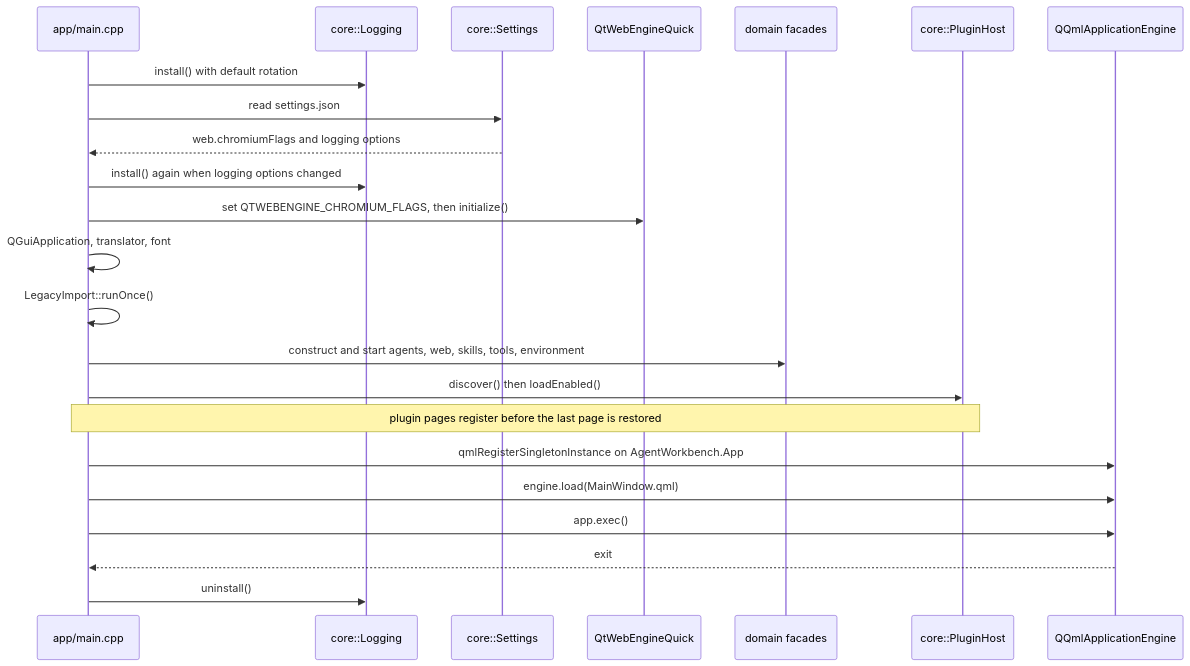
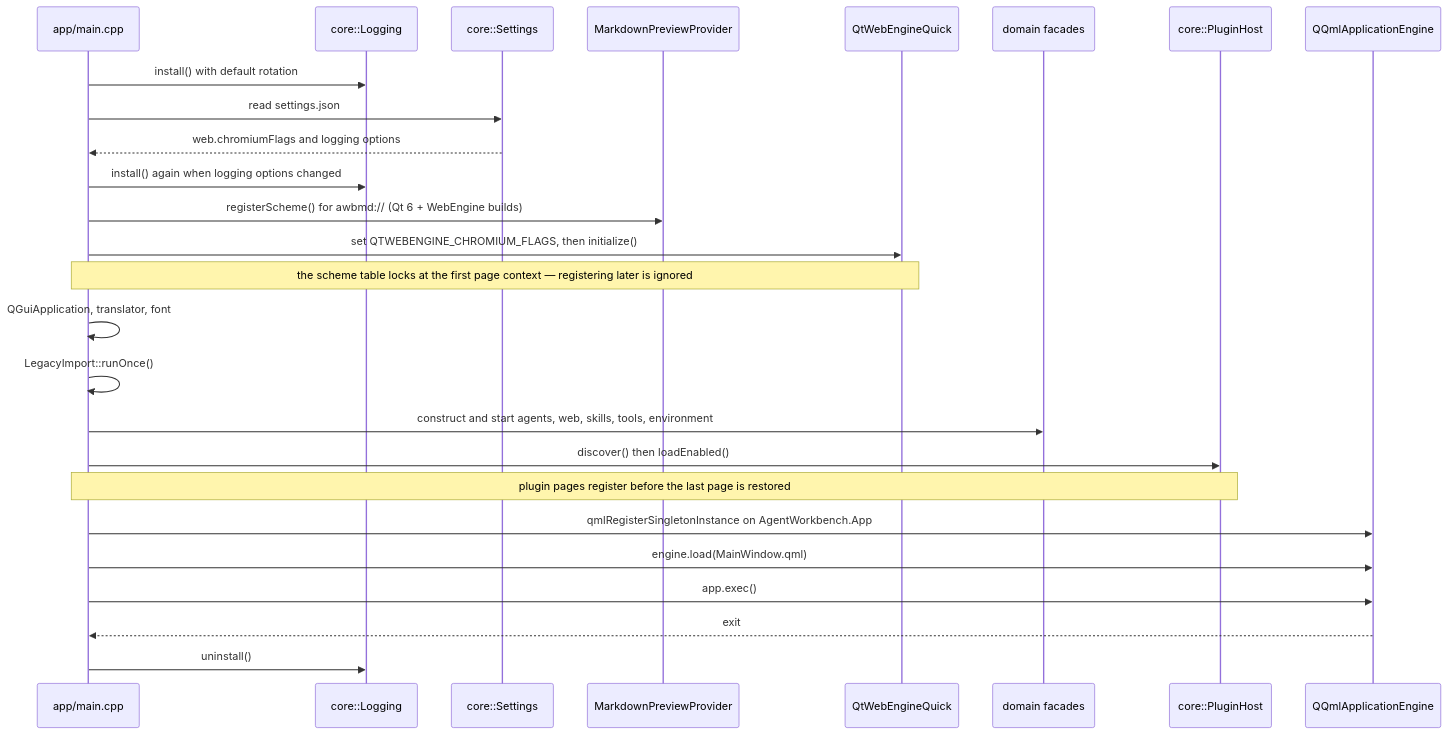
The diagram in docs/architecture/state-and-persistence.md (czyt1988/AgentWorkbench), drawn with Mermaid before and after one commit. The commit also changed other lines of this file and 36 other files, not shown here.

First line of the commit message:
docs(markdown): describe the preview feature everywhere it belongs

````diff
--- a/docs/architecture/state-and-persistence.md
+++ b/docs/architecture/state-and-persistence.md
@@ -147,26 +150,29 @@
 ```mermaid
 sequenceDiagram
     participant main as app/main.cpp
     participant log as core::Logging
     participant set as core::Settings
+    participant md as MarkdownPreviewProvider
     participant wb as QtWebEngineQuick
     participant dom as domain facades
     participant plug as core::PluginHost
     participant qml as QQmlApplicationEngine
 
     main->>log: install() with default rotation
     main->>set: read settings.json
     set-->>main: web.chromiumFlags and logging options
     main->>log: install() again when logging options changed
+    main->>md: registerScheme() for awbmd:// (Qt 6 + WebEngine builds)
     main->>wb: set QTWEBENGINE_CHROMIUM_FLAGS, then initialize()
+    note over main,wb: the scheme table locks at the first page context — registering later is ignored
     main->>main: QGuiApplication, translator, font
     main->>main: LegacyImport::runOnce()
     main->>dom: construct and start agents, web, skills, tools, environment
     main->>plug: discover() then loadEnabled()
     note over main,plug: plugin pages register before the last page is restored
     main->>qml: qmlRegisterSingletonInstance on AgentWorkbench.App
     main->>qml: engine.load(MainWindow.qml)
     main->>qml: app.exec()
     qml-->>main: exit
     main->>log: uninstall()
 ```
````
